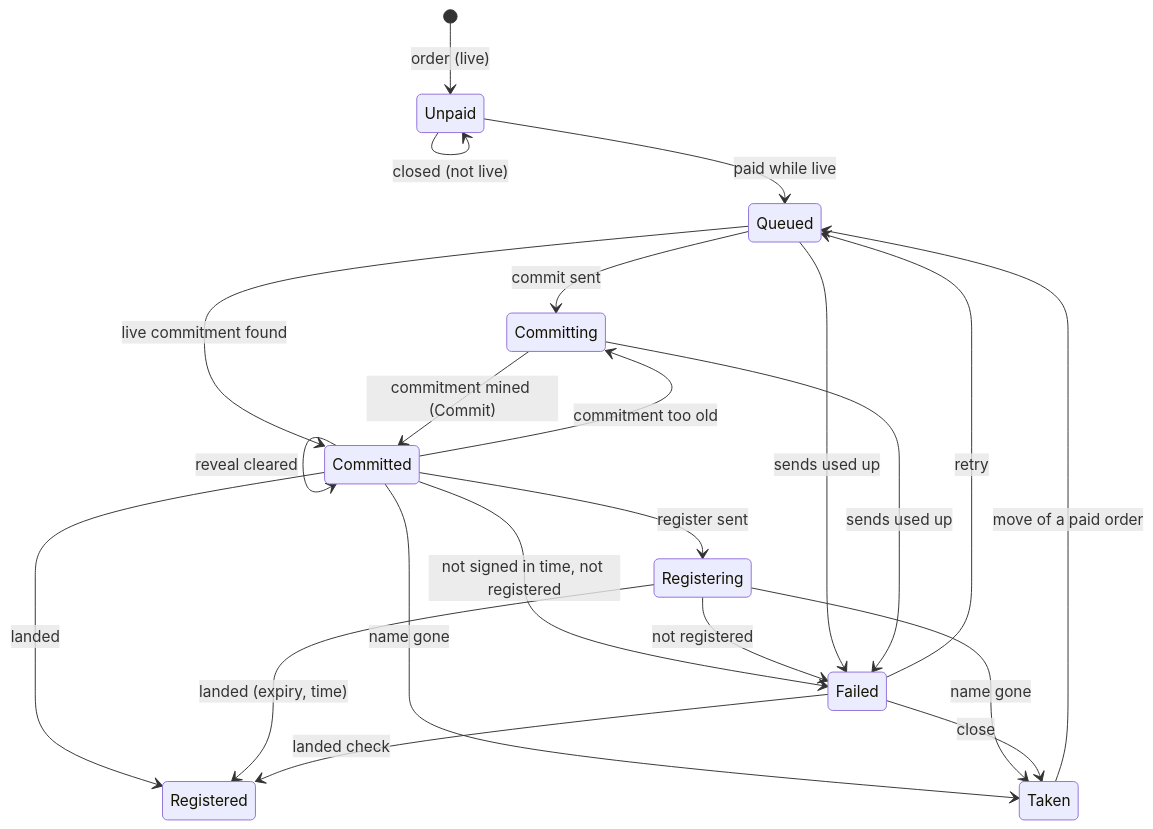
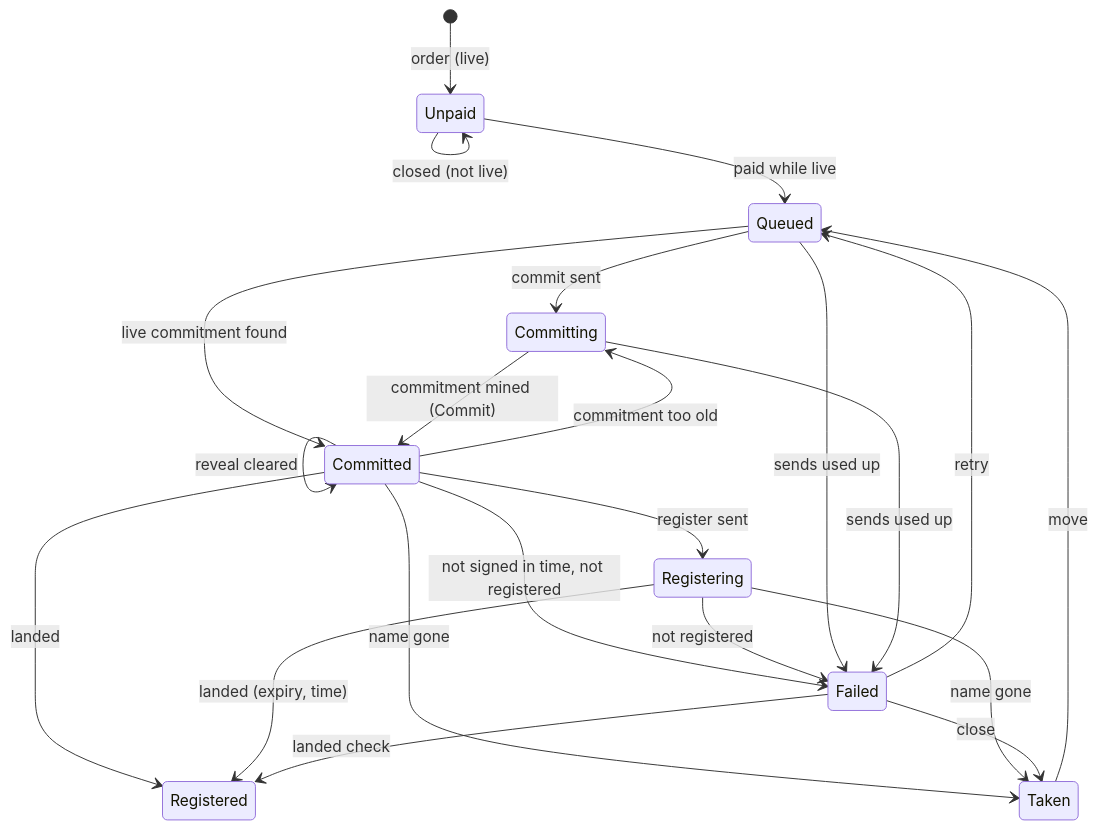
Before and after one commit to simplex-chat/simplex-chat: the second of 2 diagrams in plans/2026-11-16-names-review-fixes.md, drawn with Mermaid. The commit also changed other lines of this file and 7 other files, not shown here.

Commit message:
names: a taken code order moves to another name on its name code

````diff
--- a/plans/2026-11-16-names-review-fixes.md
+++ b/plans/2026-11-16-names-review-fixes.md
@@ -65,24 +65,24 @@
 ```mermaid
 stateDiagram-v2
   [*] --> Unpaid: order (live)
   Unpaid --> Unpaid: closed (not live)
   Unpaid --> Queued: paid while live
   Queued --> Committing: commit sent
   Queued --> Committed: live commitment found
   Committing --> Committed: commitment mined (Commit)
   Committed --> Committed: reveal cleared
   Committed --> Registering: register sent
   Committed --> Committing: commitment too old
   Committed --> Registered: landed
   Committed --> Taken: name gone
   Committed --> Failed: not signed in time, not registered
   Registering --> Registered: landed (expiry, time)
   Registering --> Taken: name gone
   Registering --> Failed: not registered
   Queued --> Failed: sends used up
   Committing --> Failed: sends used up
   Failed --> Queued: retry
-  Taken --> Queued: move of a paid order
+  Taken --> Queued: move
   Failed --> Registered: landed check
   Failed --> Taken: close
 ```
````
